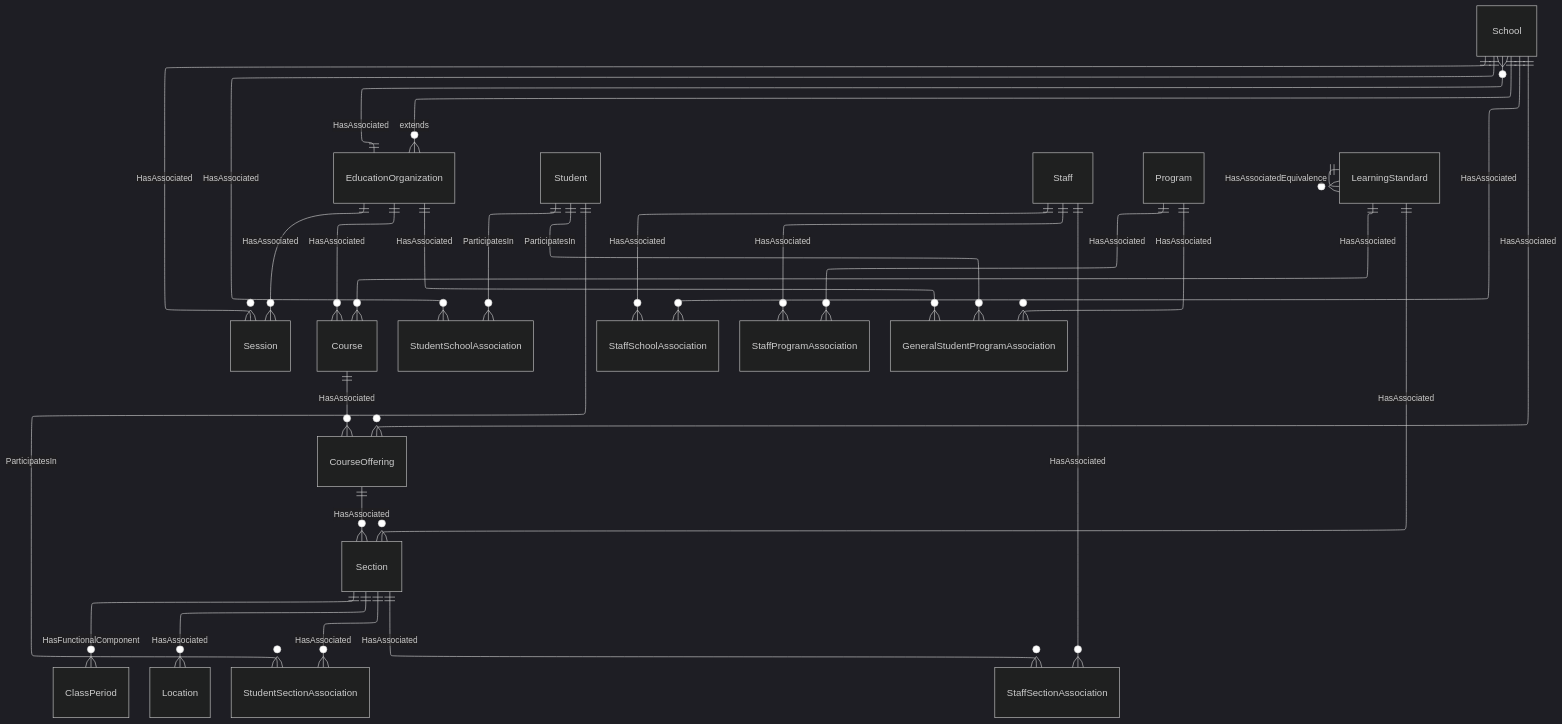
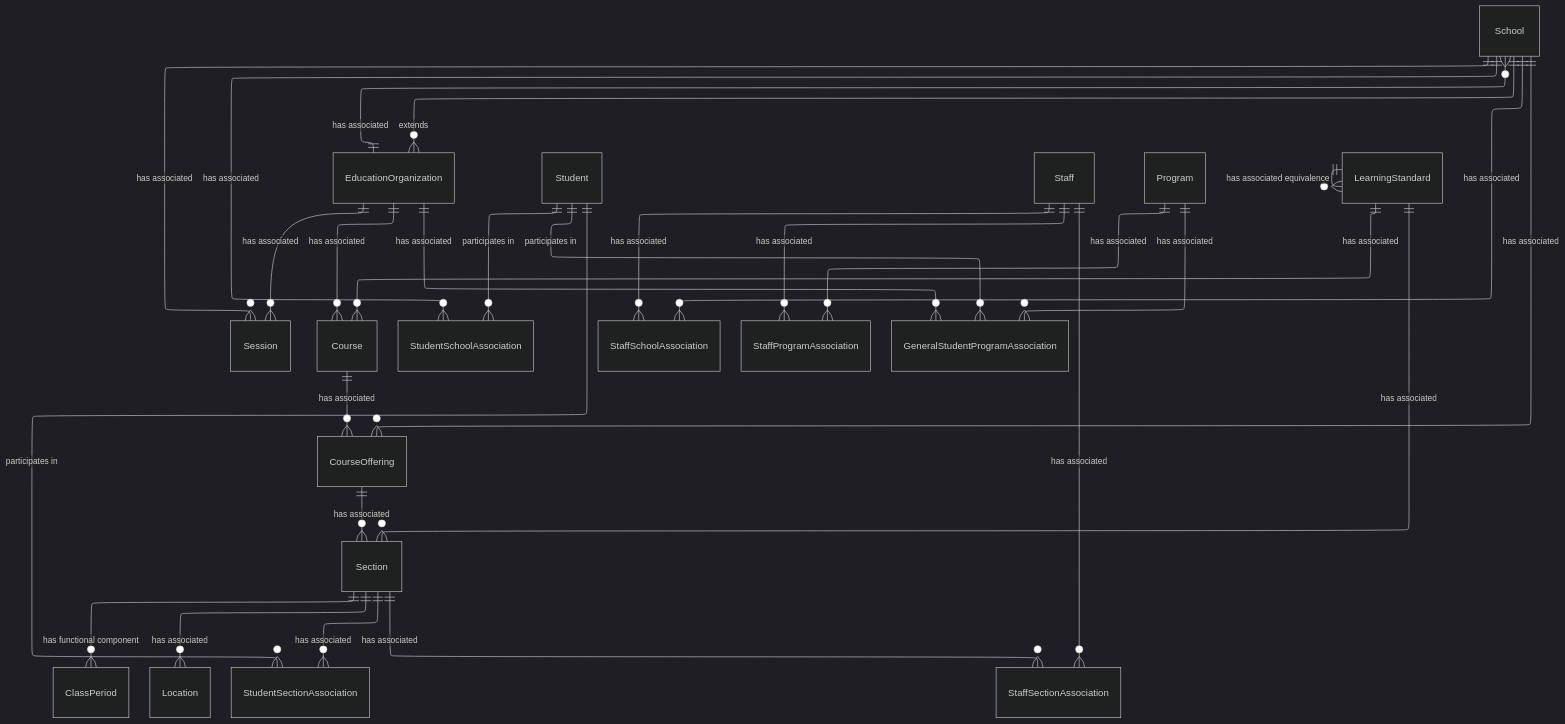
Before and after one commit to Ed-Fi-Alliance-OSS/ed-fi-alliance-oss.github.io: the first of 3 diagrams in dataStandard_versioned_docs/version-6/model-reference/teaching-and-learning-domain/model-diagrams.md, drawn with Mermaid (dark theme). The commit also changed other lines of this file and 24 other files, not shown here.

````diff
--- a/dataStandard_versioned_docs/version-6/model-reference/teaching-and-learning-domain/model-diagrams.md
+++ b/dataStandard_versioned_docs/version-6/model-reference/teaching-and-learning-domain/model-diagrams.md
@@ -13,72 +13,72 @@
 ```mermaid
 ---
 
 config:
   layout: elk
 ---
 
 erDiagram
     EducationOrganization {
     }
     School {
     }
     Session {
     }
     Student {
     }
     Staff {
     }
     Course {
     }
     CourseOffering {
     }
     Section {
     }
     ClassPeriod {
     }
     Location {
     }
     Program {
     }
     LearningStandard {
     }
     StudentSchoolAssociation {
     }
     StaffSchoolAssociation {
     }
     StaffProgramAssociation {
     }
     GeneralStudentProgramAssociation {
     }
     StudentSectionAssociation {
     }
     StaffSectionAssociation {
     }
 
     School ||--o{ EducationOrganization : "extends"
-    EducationOrganization ||--o{ Session : "HasAssociated"
-    EducationOrganization ||--o{ School : "HasAssociated"
-    EducationOrganization ||--o{ Course : "HasAssociated"
-    Student ||--o{ StudentSchoolAssociation : "ParticipatesIn"
-    Student ||--o{ GeneralStudentProgramAssociation : "ParticipatesIn"
-    Student ||--o{ StudentSectionAssociation : "ParticipatesIn"
-    Staff ||--o{ StaffSchoolAssociation : "HasAssociated"
-    Staff ||--o{ StaffProgramAssociation : "HasAssociated"
-    Staff ||--o{ StaffSectionAssociation : "HasAssociated"
-    School ||--o{ StudentSchoolAssociation : "HasAssociated"
-    School ||--o{ StaffSchoolAssociation : "HasAssociated"
-    School ||--o{ Session : "HasAssociated"
-    Program ||--o{ GeneralStudentProgramAssociation : "HasAssociated"
-    Program ||--o{ StaffProgramAssociation : "HasAssociated"
-    EducationOrganization ||--o{ GeneralStudentProgramAssociation : "HasAssociated"
-    Course ||--o{ CourseOffering : "HasAssociated"
-    School ||--o{ CourseOffering : "HasAssociated"
-    CourseOffering ||--o{ Section : "HasAssociated"
-    Section ||--o{ StudentSectionAssociation : "HasAssociated"
-    Section ||--o{ StaffSectionAssociation : "HasAssociated"
-    Section ||--o{ ClassPeriod : "HasFunctionalComponent"
-    Section ||--o{ Location : "HasAssociated"
-    LearningStandard ||--o{ Section : "HasAssociated"
-    LearningStandard ||--o{ LearningStandard : "HasAssociatedEquivalence"
-    LearningStandard ||--o{ Course : "HasAssociated"
+    EducationOrganization ||--o{ Session : "has associated"
+    EducationOrganization ||--o{ School : "has associated"
+    EducationOrganization ||--o{ Course : "has associated"
+    Student ||--o{ StudentSchoolAssociation : "participates in"
+    Student ||--o{ GeneralStudentProgramAssociation : "participates in"
+    Student ||--o{ StudentSectionAssociation : "participates in"
+    Staff ||--o{ StaffSchoolAssociation : "has associated"
+    Staff ||--o{ StaffProgramAssociation : "has associated"
+    Staff ||--o{ StaffSectionAssociation : "has associated"
+    School ||--o{ StudentSchoolAssociation : "has associated"
+    School ||--o{ StaffSchoolAssociation : "has associated"
+    School ||--o{ Session : "has associated"
+    Program ||--o{ GeneralStudentProgramAssociation : "has associated"
+    Program ||--o{ StaffProgramAssociation : "has associated"
+    EducationOrganization ||--o{ GeneralStudentProgramAssociation : "has associated"
+    Course ||--o{ CourseOffering : "has associated"
+    School ||--o{ CourseOffering : "has associated"
+    CourseOffering ||--o{ Section : "has associated"
+    Section ||--o{ StudentSectionAssociation : "has associated"
+    Section ||--o{ StaffSectionAssociation : "has associated"
+    Section ||--o{ ClassPeriod : "has functional component"
+    Section ||--o{ Location : "has associated"
+    LearningStandard ||--o{ Section : "has associated"
+    LearningStandard ||--o{ LearningStandard : "has associated equivalence"
+    LearningStandard ||--o{ Course : "has associated"
 ```
````
